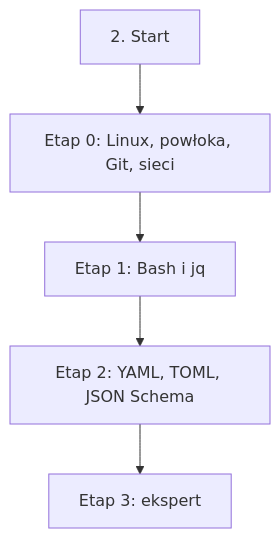
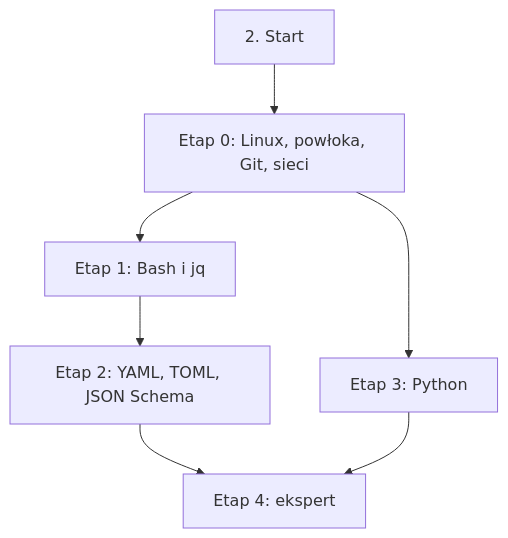
Before and after one commit to danjarosz/software-development-learning-path: the diagram in linear/02-jezyki-i-narzedzia-podstawowe.md, drawn with Mermaid. The commit also changed other lines of this file and 65 other files, not shown here.

First line of the commit message:
feat: popraw ścieżki nauki po przeglądzie i dodaj NestJS, FastAPI i GraphQL

````diff
--- a/linear/02-jezyki-i-narzedzia-podstawowe.md
+++ b/linear/02-jezyki-i-narzedzia-podstawowe.md
@@ -83,12 +80,15 @@
 ```mermaid
 flowchart TD
   START["2. Start"]
   E0["Etap 0: Linux, powłoka, Git, sieci"]
   E1["Etap 1: Bash i jq"]
   E2["Etap 2: YAML, TOML, JSON Schema"]
-  E3["Etap 3: ekspert"]
+  E3["Etap 3: Python"]
+  E4["Etap 4: ekspert"]
   START --> E0
   E0 --> E1
   E1 --> E2
-  E2 --> E3
+  E0 --> E3
+  E2 --> E4
+  E3 --> E4
 ```
````
